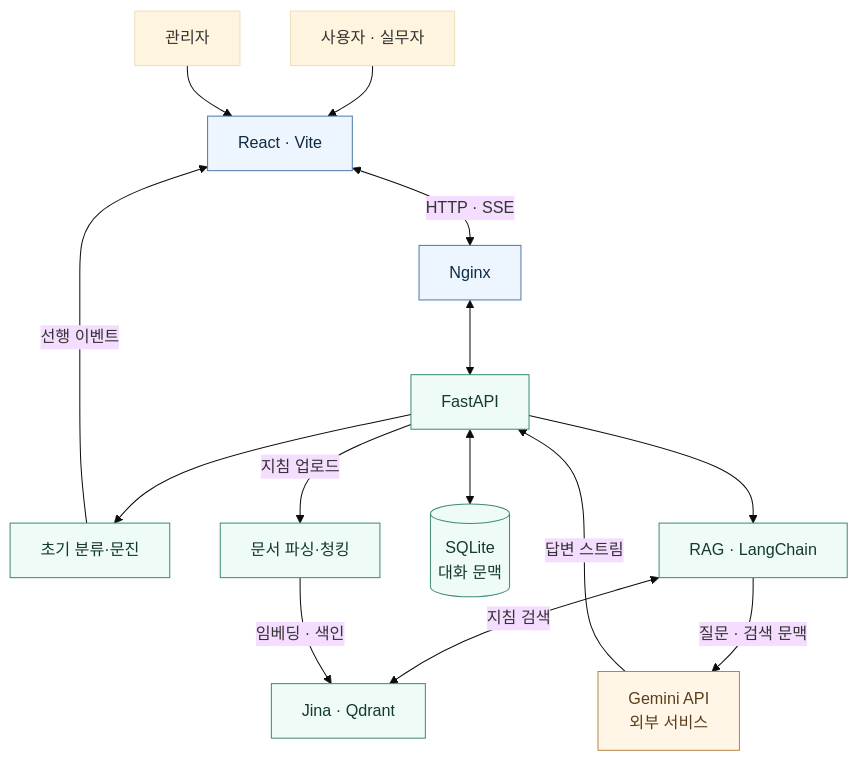
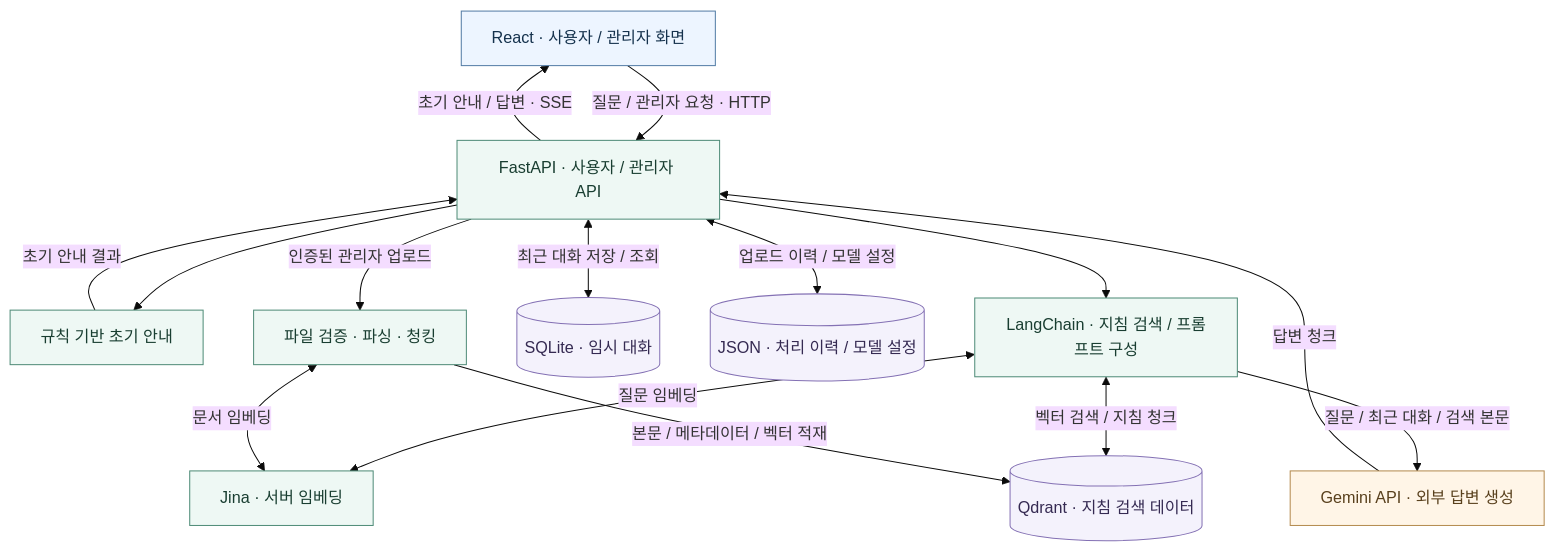
The diagram in profile/README.md (BootCampEW/.github), drawn with Mermaid (base theme) before and after one commit. The commit also changed other lines of this file, not shown here.

Commit message:
docs(profile): rebuild verified architecture and add service link

````diff
--- a/profile/README.md
+++ b/profile/README.md
@@ -42,24 +49,37 @@
 ```mermaid
 flowchart TB
-    User["사용자 · 실무자"] --> Web["React · Vite"]
-    Admin["관리자"] --> Web
-    Web <-->|"HTTP · SSE"| Proxy["Nginx"]
-    Proxy <--> API["FastAPI"]
+    Web["React · 사용자 / 관리자 화면"]
+    API["FastAPI · 사용자 / 관리자 API"]
+    Rule["규칙 기반 초기 안내"]
+    RAG["LangChain · 지침 검색 / 프롬프트 구성"]
+    Jina["Jina · 서버 임베딩"]
+    Qdrant[("Qdrant · 지침 검색 데이터")]
+    Chat[("SQLite · 임시 대화")]
+    Files[("JSON · 처리 이력 / 모델 설정")]
+    Gemini["Gemini API · 외부 답변 생성"]
+    Ingest["파일 검증 · 파싱 · 청킹"]
 
-    API --> Triage["초기 분류·문진"]
-    Triage -->|"선행 이벤트"| Web
-    API --> RAG["RAG · LangChain"]
-    RAG <-->|"지침 검색"| Search["Jina · Qdrant"]
-    RAG -->|"질문 · 검색 문맥"| LLM["Gemini API<br/>외부 서비스"]
-    LLM -->|"답변 스트림"| API
-    API <--> Conversation[("SQLite<br/>대화 문맥")]
-    API -->|"지침 업로드"| Parse["문서 파싱·청킹"]
-    Parse -->|"임베딩 · 색인"| Search
+    Web -->|"질문 / 관리자 요청 · HTTP"| API
+    API -->|"초기 안내 / 답변 · SSE"| Web
+    API --> Rule
+    Rule -->|"초기 안내 결과"| API
+    API <-->|"최근 대화 저장 / 조회"| Chat
+    API <-->|"업로드 이력 / 모델 설정"| Files
+    API --> RAG
+    RAG <-->|"질문 임베딩"| Jina
+    RAG <-->|"벡터 검색 / 지침 청크"| Qdrant
+    RAG -->|"질문 / 최근 대화 / 검색 본문"| Gemini
+    Gemini -->|"답변 청크"| API
+    API -->|"인증된 관리자 업로드"| Ingest
+    Ingest <-->|"문서 임베딩"| Jina
+    Ingest -->|"본문 / 메타데이터 / 벡터 적재"| Qdrant
 
-    classDef web fill:#edf5ff,stroke:#4d7aaa,color:#102a43
-    classDef core fill:#eefbf6,stroke:#3e8b75,color:#14392f
-    classDef external fill:#fff6e8,stroke:#b58742,color:#5b3e19
-    class Web,Proxy web
-    class API,RAG,Search,Triage,Parse,Conversation core
-    class LLM external
+    classDef screen fill:#edf5ff,stroke:#527ca5,color:#15324d
+    classDef service fill:#eef8f4,stroke:#4e8b77,color:#193e31
+    classDef storage fill:#f4f2fc,stroke:#8471b4,color:#352a52
+    classDef external fill:#fff5e7,stroke:#b48a4e,color:#59401d
+    class Web screen
+    class API,Rule,RAG,Jina,Ingest service
+    class Qdrant,Chat,Files storage
+    class Gemini external
 ```
````
